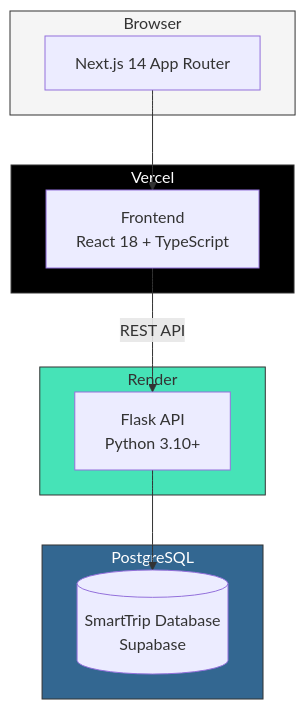
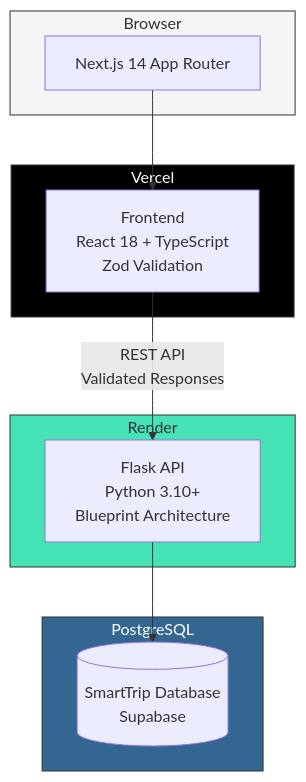
The diagram in README.md (tal-golan99/smarTrip), drawn with Mermaid before and after one commit. The commit also changed other lines of this file and 70 other files, not shown here.

First line of the commit message:
Refactor frontend architecture and update documentation

````diff
--- a/README.md
+++ b/README.md
@@ -27,27 +30,27 @@
 ```mermaid
 flowchart TB
     subgraph Client["Browser"]
         UI["Next.js 14 App Router"]
     end
 
     subgraph Vercel["Vercel"]
-        FE["Frontend<br/>React 18 + TypeScript"]
+        FE["Frontend<br/>React 18 + TypeScript<br/>Zod Validation"]
     end
 
     subgraph Render["Render"]
-        BE["Flask API<br/>Python 3.10+"]
+        BE["Flask API<br/>Python 3.10+<br/>Blueprint Architecture"]
     end
 
     subgraph Database["PostgreSQL"]
         DB[(SmartTrip Database<br/>Supabase)]
     end
 
     UI --> FE
-    FE -->|"REST API"| BE
+    FE -->|"REST API<br/>Validated Responses"| BE
     BE --> DB
 
     style Client fill:#f5f5f5,stroke:#333
     style Vercel fill:#000,stroke:#333,color:#fff
     style Render fill:#46E3B7,stroke:#333
     style Database fill:#336791,stroke:#333,color:#fff
 ```
````
